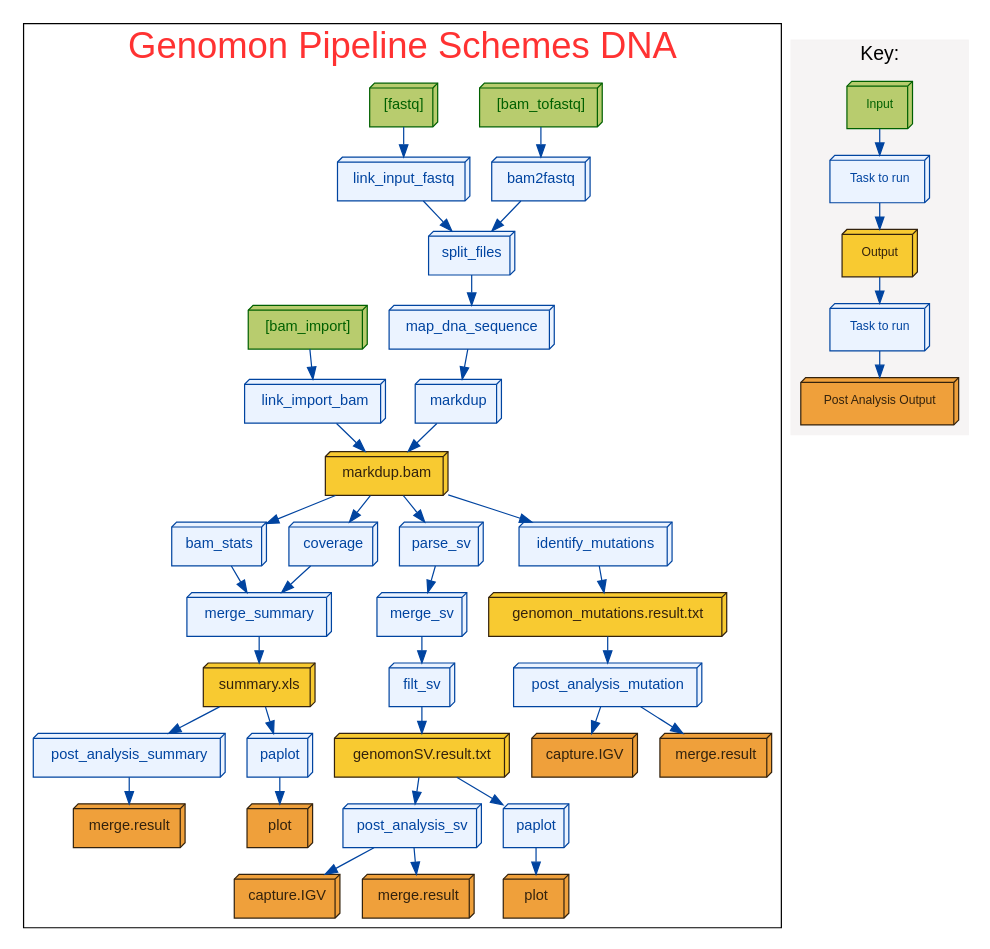
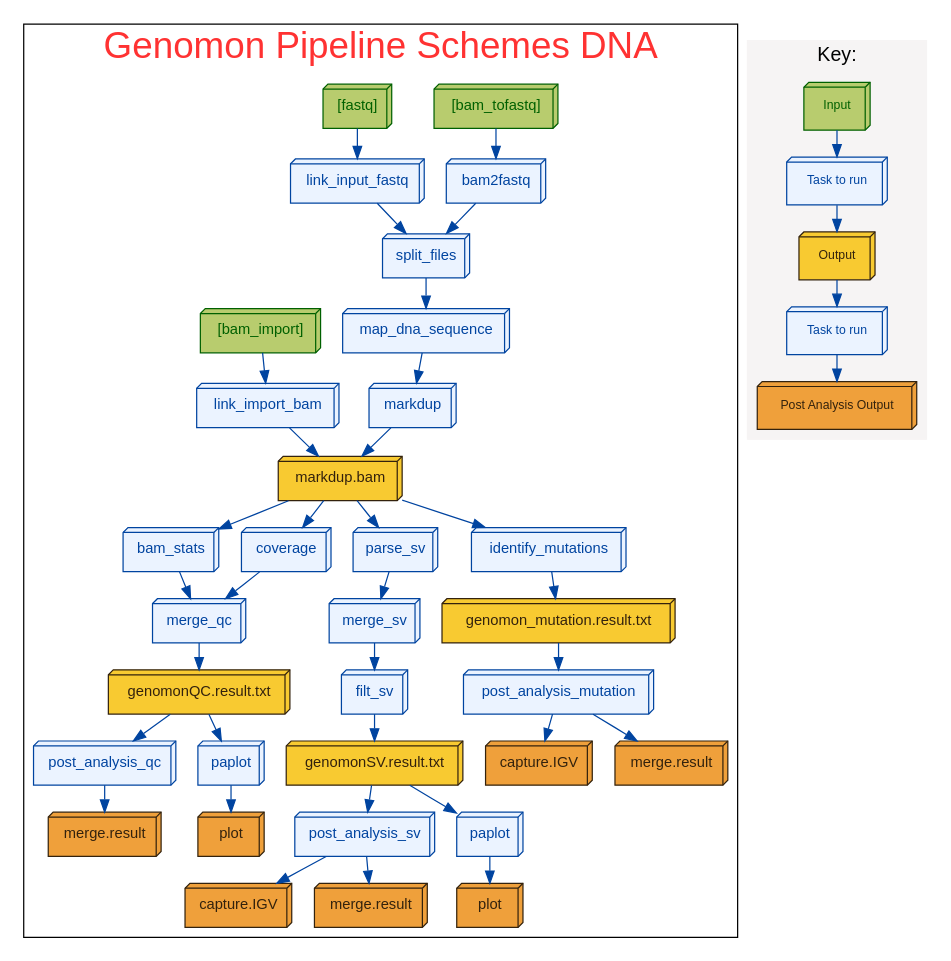
The diagram in dot/genomon_dna.dot (Genomon-Project/genomon-docs), drawn with Graphviz before and after one commit. The commit also changed 3 other files, not shown here.

```diff
--- a/dot/genomon_dna.dot
+++ b/dot/genomon_dna.dot
@@ -1,126 +1,126 @@
 digraph "Genomon Pipeline Schemes DNA"
 {
 	size = "11";
 	splines = true;
 	fontsize = "30";
 	ranksep = 0.3;
 	node[fontname = "helvetica", fontsize="12"];
 	graph[clusterrank = "local"];
 	
 	subgraph clustertasks
 	{
 		rank="min";
 		fontname = "helvetica"
 		fontcolor = "#FF3232";
 		label = "Genomon Pipeline Schemes DNA";
 
 		#### nodes
 		# input
 		t_input_bam2fastq   [color="#006000", fillcolor="#B8CC6E", fontcolor="#006000", shape=box3d, style=filled, label="[bam_tofastq]"];
 		t_input_fastq       [color="#006000", fillcolor="#B8CC6E", fontcolor="#006000", shape=box3d, style=filled, label="[fastq]"];
 		t_input_bamimport   [color="#006000", fillcolor="#B8CC6E", fontcolor="#006000", shape=box3d, style=filled, label="[bam_import]"];
 
 		# stage
 		t_bam2fastq         [color="#0044A0", fillcolor="#EBF3FF", fontcolor="#0044A0", shape=box3d, style=filled, label="bam2fastq"];
 		t_link_import_bam   [color="#0044A0", fillcolor="#EBF3FF", fontcolor="#0044A0", shape=box3d, style=filled, label="link_import_bam"];
 		t_link_input_fastq  [color="#0044A0", fillcolor="#EBF3FF", fontcolor="#0044A0", shape=box3d, style=filled, label="link_input_fastq"];
 		t_split_files       [color="#0044A0", fillcolor="#EBF3FF", fontcolor="#0044A0", shape=box3d, style=filled, label="split_files"];
 		t_map_dna_sequence  [color="#0044A0", fillcolor="#EBF3FF", fontcolor="#0044A0", shape=box3d, style=filled, label="map_dna_sequence"];
 		t_markdup           [color="#0044A0", fillcolor="#EBF3FF", fontcolor="#0044A0", shape=box3d, style=filled, label="markdup"];
 		t_bam_stats         [color="#0044A0", fillcolor="#EBF3FF", fontcolor="#0044A0", shape=box3d, style=filled, label="bam_stats"];
 		t_coverage          [color="#0044A0", fillcolor="#EBF3FF", fontcolor="#0044A0", shape=box3d, style=filled, label="coverage"];
 		t_parse_sv          [color="#0044A0", fillcolor="#EBF3FF", fontcolor="#0044A0", shape=box3d, style=filled, label="parse_sv"];
 		t_merge_sv          [color="#0044A0", fillcolor="#EBF3FF", fontcolor="#0044A0", shape=box3d, style=filled, label="merge_sv"];
 		t_filt_sv           [color="#0044A0", fillcolor="#EBF3FF", fontcolor="#0044A0", shape=box3d, style=filled, label="filt_sv"];
 		t_mutations         [color="#0044A0", fillcolor="#EBF3FF", fontcolor="#0044A0", shape=box3d, style=filled, label="identify_mutations"];
-		t_merge_summary     [color="#0044A0", fillcolor="#EBF3FF", fontcolor="#0044A0", shape=box3d, style=filled, label="merge_summary"];
-		t_pa_summary        [color="#0044A0", fillcolor="#EBF3FF", fontcolor="#0044A0", shape=box3d, style=filled, label="post_analysis_summary"];
+		t_merge_qc          [color="#0044A0", fillcolor="#EBF3FF", fontcolor="#0044A0", shape=box3d, style=filled, label="merge_qc"];
+		t_pa_qc             [color="#0044A0", fillcolor="#EBF3FF", fontcolor="#0044A0", shape=box3d, style=filled, label="post_analysis_qc"];
 		t_pa_sv             [color="#0044A0", fillcolor="#EBF3FF", fontcolor="#0044A0", shape=box3d, style=filled, label="post_analysis_sv"];
 		t_pa_mutation       [color="#0044A0", fillcolor="#EBF3FF", fontcolor="#0044A0", shape=box3d, style=filled, label="post_analysis_mutation"];
 		t_paplot_qc         [color="#0044A0", fillcolor="#EBF3FF", fontcolor="#0044A0", shape=box3d, style=filled, label="paplot"];
 		t_paplot_sv         [color="#0044A0", fillcolor="#EBF3FF", fontcolor="#0044A0", shape=box3d, style=filled, label="paplot"];
 #		t_paplot_mu         [color="#0044A0", fillcolor="#EBF3FF", fontcolor="#0044A0", shape=box3d, style=filled, label="paplot"];
 
 		# output
 		t_output_bam        [color="#33220D", fillcolor="#F8CA31", fontcolor="#33220D", shape=box3d, style=filled, label="markdup.bam"];
-		t_output_mutation   [color="#33220D", fillcolor="#F8CA31", fontcolor="#33220D", shape=box3d, style=filled, label="genomon_mutations.result.txt"];
-		t_output_summary    [color="#33220D", fillcolor="#F8CA31", fontcolor="#33220D", shape=box3d, style=filled, label="summary.xls"];
+		t_output_mutation   [color="#33220D", fillcolor="#F8CA31", fontcolor="#33220D", shape=box3d, style=filled, label="genomon_mutation.result.txt"];
+		t_output_qc         [color="#33220D", fillcolor="#F8CA31", fontcolor="#33220D", shape=box3d, style=filled, label="genomonQC.result.txt"];
 		t_output_sv         [color="#33220D", fillcolor="#F8CA31", fontcolor="#33220D", shape=box3d, style=filled, label="genomonSV.result.txt"];
 		t_output_pa_sv_i    [color="#33220D", fillcolor="#EFA03B", fontcolor="#33220D", shape=box3d, style=filled, label="capture.IGV"];
 		t_output_pa_mu_i    [color="#33220D", fillcolor="#EFA03B", fontcolor="#33220D", shape=box3d, style=filled, label="capture.IGV"];
 		t_output_pa_qc_m    [color="#33220D", fillcolor="#EFA03B", fontcolor="#33220D", shape=box3d, style=filled, label="merge.result"];
 		t_output_pa_sv_m    [color="#33220D", fillcolor="#EFA03B", fontcolor="#33220D", shape=box3d, style=filled, label="merge.result"];
 		t_output_pa_mu_m    [color="#33220D", fillcolor="#EFA03B", fontcolor="#33220D", shape=box3d, style=filled, label="merge.result"];
 		t_output_paplot_qc  [color="#33220D", fillcolor="#EFA03B", fontcolor="#33220D", shape=box3d, style=filled, label="plot"];
 		t_output_paplot_sv  [color="#33220D", fillcolor="#EFA03B", fontcolor="#33220D", shape=box3d, style=filled, label="plot"];
 #		t_output_paplot_mu  [color="#33220D", fillcolor="#EFA03B", fontcolor="#33220D", shape=box3d, style=filled, label="plot"];
 
 		#### lines
 		# input
 		t_input_bam2fastq -> t_bam2fastq[color="#0044A0"];
 		t_input_fastq -> t_link_input_fastq[color="#0044A0"];
 		t_input_bamimport -> t_link_import_bam[color="#0044A0"];
 
 		# stage
 		t_link_import_bam -> t_output_bam[color="#0044A0"];
 		t_bam2fastq -> t_split_files[color="#0044A0"];
 		t_link_input_fastq -> t_split_files[color="#0044A0"];
 		t_split_files -> t_map_dna_sequence[color="#0044A0"];
 		t_map_dna_sequence -> t_markdup[color="#0044A0"];
 		t_markdup -> t_output_bam[color="#0044A0"];
 		t_output_bam -> t_parse_sv[color="#0044A0"];
 		t_output_bam -> t_mutations[color="#0044A0"];
 		t_output_bam -> t_bam_stats[color="#0044A0"];
 		t_output_bam -> t_coverage[color="#0044A0"];
-		t_bam_stats -> t_merge_summary[color="#0044A0"];
-		t_coverage -> t_merge_summary[color="#0044A0"];
+		t_bam_stats -> t_merge_qc[color="#0044A0"];
+		t_coverage -> t_merge_qc[color="#0044A0"];
 		t_parse_sv -> t_merge_sv[color="#0044A0"];
 		t_merge_sv -> t_filt_sv[color="#0044A0"];
 
 		# output
 		t_mutations -> t_output_mutation[color="#0044A0"];
-		t_merge_summary -> t_output_summary[color="#0044A0"];
+		t_merge_qc -> t_output_qc[color="#0044A0"];
 		t_filt_sv -> t_output_sv[color="#0044A0"];
 
 		#### post_analysis
-		t_output_summary -> t_pa_summary[color="#0044A0"];
+		t_output_qc -> t_pa_qc[color="#0044A0"];
 		t_output_sv -> t_pa_sv[color="#0044A0"];
 		t_output_mutation -> t_pa_mutation[color="#0044A0"];
 
-		t_pa_summary -> t_output_pa_qc_m[color="#0044A0"];
+		t_pa_qc -> t_output_pa_qc_m[color="#0044A0"];
 		t_pa_sv -> t_output_pa_sv_m[color="#0044A0"];
 		t_pa_mutation -> t_output_pa_mu_m[color="#0044A0"];
 		t_pa_sv -> t_output_pa_sv_i[color="#0044A0"];
 		t_pa_mutation -> t_output_pa_mu_i[color="#0044A0"];
 
 		#### paplot
-		t_output_summary -> t_paplot_qc[color="#0044A0"];
+		t_output_qc -> t_paplot_qc[color="#0044A0"];
 		t_output_sv -> t_paplot_sv[color="#0044A0"];
 #		t_output_mutation -> t_paplot_mu[color="#0044A0"];
 
 		t_paplot_qc -> t_output_paplot_qc[color="#0044A0"];
 		t_paplot_sv -> t_output_paplot_sv[color="#0044A0"];
 #		t_paplot_mu -> t_output_paplot_mu[color="#0044A0"];
 	}
 	subgraph clusterkey1
 	{
 		rank = "min";
 		style  = filled;
 		
 		fontname = "helvetica"
 		fontsize = 16;
 		color = "#F6F4F4";
 		label = "Key:"
 
 		node[margin="0.2,0.2", fontname = "helvetica", fontsize="10"];
 		k1_1[color="#006000", fillcolor="#B8CC6E", fontcolor="#006000", label="Input", shape=box3d, style=filled];
 		k2_1[color="#0044A0", fillcolor="#EBF3FF", fontcolor="#0044A0", label="Task to run", shape=box3d, style=filled];
 		k3_1[color="#33220D", fillcolor="#F8CA31", fontcolor="#33220D", label="Output", shape=box3d, style=filled];
 		k4_1[color="#0044A0", fillcolor="#EBF3FF", fontcolor="#0044A0", label="Task to run", shape=box3d, style=filled];
 		k5_1[color="#33220D", fillcolor="#EFA03B", fontcolor="#33220D", label="Post Analysis Output", shape=box3d, style=filled];
 		k1_1 -> k2_1[color="#0044A0", arrowtype=normal];
 		k2_1 -> k3_1[color="#0044A0", arrowtype=normal];
 		k3_1 -> k4_1[color="#0044A0", arrowtype=normal];
 		k4_1 -> k5_1[color="#0044A0", arrowtype=normal];
 	}
 }
```
